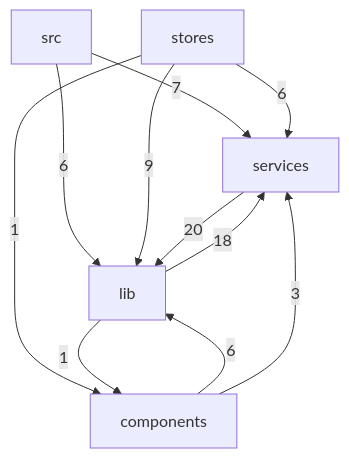
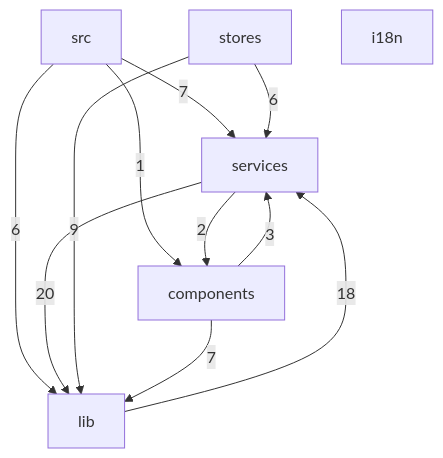
The second of 2 diagrams in .wiki/02-architecture/architecture.md (shawicx/scx-terminal), drawn with Mermaid before and after one commit. The commit also changed other lines of this file and 36 other files, not shown here.

````diff
--- a/.wiki/02-architecture/architecture.md
+++ b/.wiki/02-architecture/architecture.md
@@ -408,13 +382,14 @@
 ```mermaid
 graph TD
   src -->|7| services
   src -->|6| lib
+  src -->|1| components
+  services -->|20| lib
+  services -->|2| components
+  lib -->|18| services
   stores -->|9| lib
   stores -->|6| services
-  stores -->|1| components
-  components -->|6| lib
+  components -->|7| lib
   components -->|3| services
-  lib -->|18| services
-  lib -->|1| components
-  services -->|20| lib
+  i18n
 ```
````
